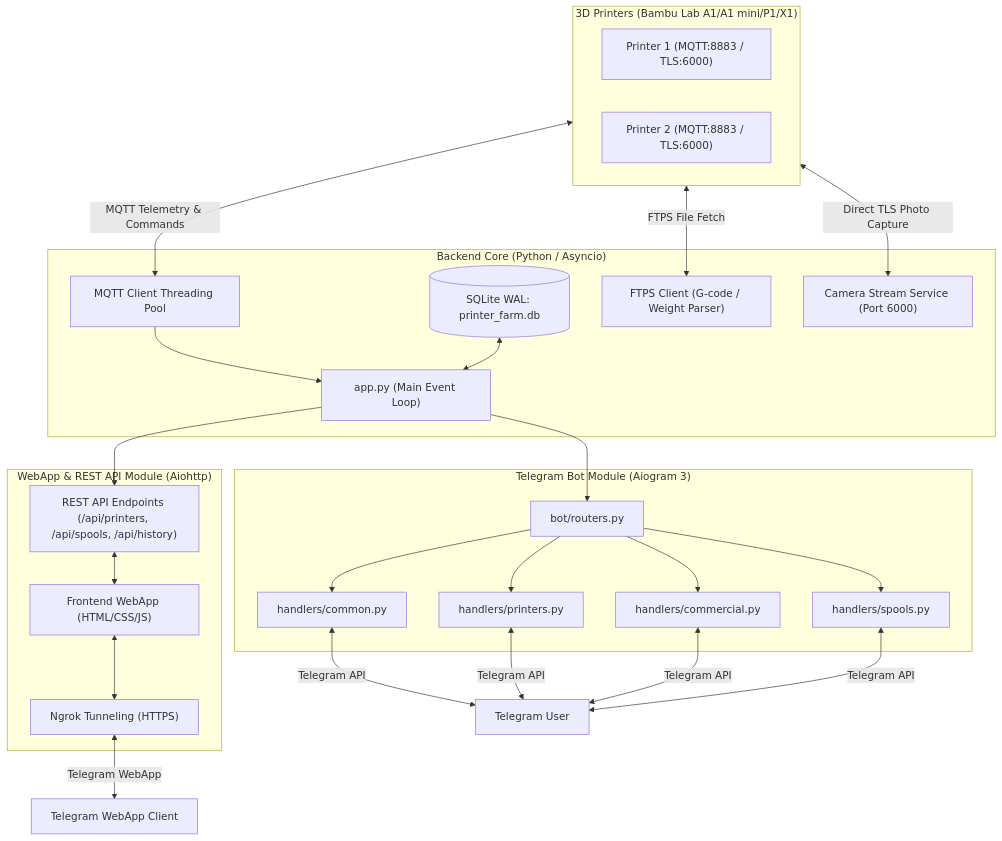
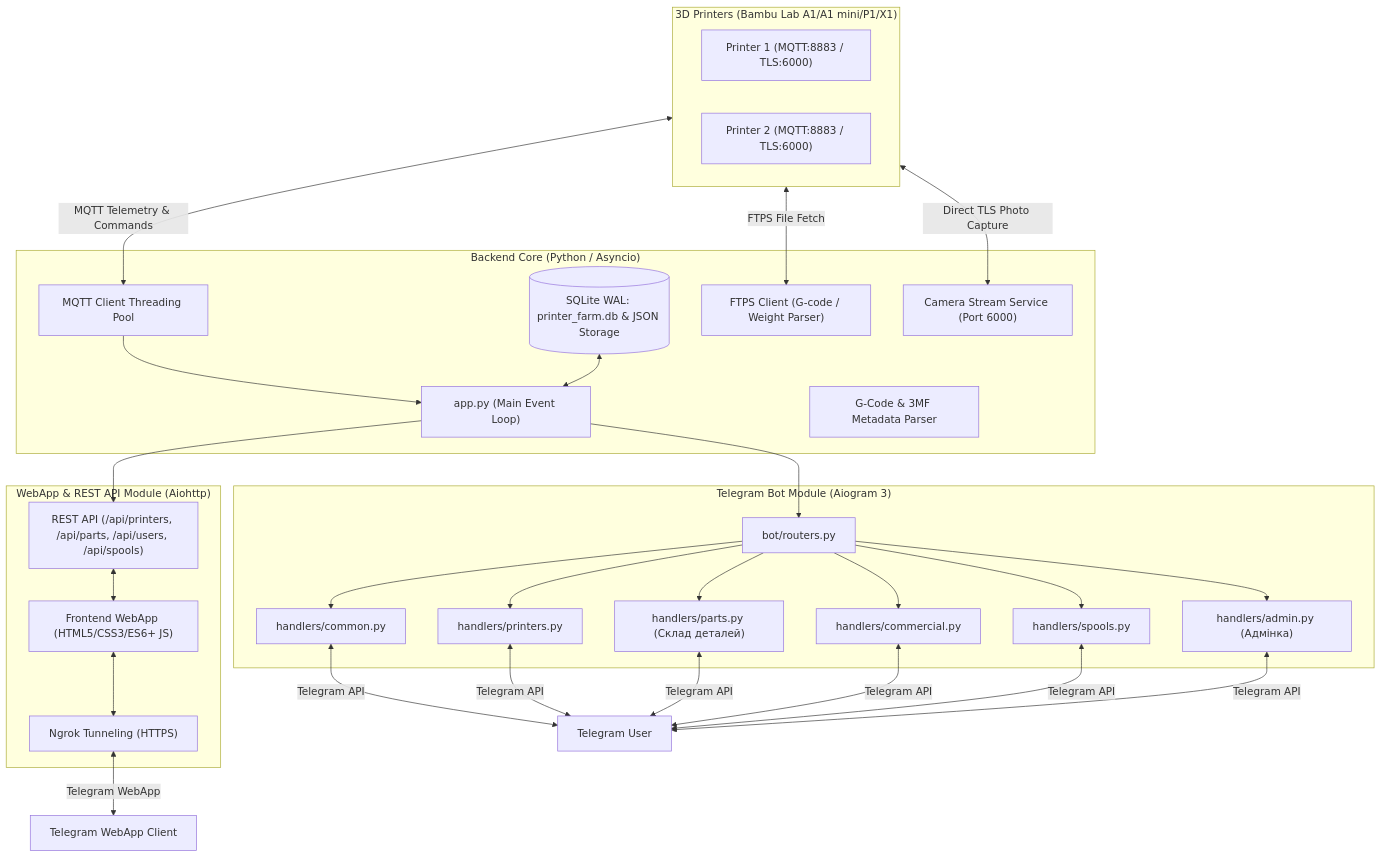
The diagram in ARCHITECTURE_AND_FEATURES.md (Badger4/tgBOT3dDprinters), drawn with Mermaid before and after one commit. The commit also changed other lines of this file and 29 other files, not shown here.

Commit message:
feat: Add Warehouse CSV report, fix printer & commercial preset forms, update compatibility checks and layout

````diff
--- a/ARCHITECTURE_AND_FEATURES.md
+++ b/ARCHITECTURE_AND_FEATURES.md
@@ -11,44 +11,47 @@
 ```mermaid
 flowchart TD
     subgraph Hardware ["3D Printers (Bambu Lab A1/A1 mini/P1/X1)"]
         P1["Printer 1 (MQTT:8883 / TLS:6000)"]
         P2["Printer 2 (MQTT:8883 / TLS:6000)"]
     end
 
     subgraph Backend ["Backend Core (Python / Asyncio)"]
         APP["app.py (Main Event Loop)"]
-        DB[("SQLite WAL: printer_farm.db")]
+        DB[("SQLite WAL: printer_farm.db & JSON Storage")]
         MQTT["MQTT Client Threading Pool"]
         FTPS["FTPS Client (G-code / Weight Parser)"]
         CAM["Camera Stream Service (Port 6000)"]
+        GCODE["G-Code & 3MF Metadata Parser"]
     end
 
     subgraph Bot ["Telegram Bot Module (Aiogram 3)"]
         ROUTERS["bot/routers.py"]
         H_COMMON["handlers/common.py"]
         H_PRINTER["handlers/printers.py"]
+        H_PARTS["handlers/parts.py (Склад деталей)"]
         H_COMMERCIAL["handlers/commercial.py"]
         H_SPOOLS["handlers/spools.py"]
+        H_ADMIN["handlers/admin.py (Адмінка)"]
     end
 
     subgraph Web ["WebApp & REST API Module (Aiohttp)"]
-        API["REST API Endpoints (/api/printers, /api/spools, /api/history)"]
-        STATIC["Frontend WebApp (HTML/CSS/JS)"]
+        API["REST API (/api/printers, /api/parts, /api/users, /api/spools)"]
+        STATIC["Frontend WebApp (HTML5/CSS3/ES6+ JS)"]
         NGROK["Ngrok Tunneling (HTTPS)"]
     end
 
     Hardware <-->|MQTT Telemetry & Commands| MQTT
     Hardware <-->|Direct TLS Photo Capture| CAM
     Hardware <-->|FTPS File Fetch| FTPS
 
     MQTT --> APP
     DB <--> APP
     APP --> ROUTERS
     APP --> API
 
-    ROUTERS --> H_COMMON & H_PRINTER & H_COMMERCIAL & H_SPOOLS
-    H_COMMON & H_PRINTER & H_COMMERCIAL & H_SPOOLS <-->|Telegram API| TG_USER["Telegram User"]
+    ROUTERS --> H_COMMON & H_PRINTER & H_PARTS & H_COMMERCIAL & H_SPOOLS & H_ADMIN
+    H_COMMON & H_PRINTER & H_PARTS & H_COMMERCIAL & H_SPOOLS & H_ADMIN <-->|Telegram API| TG_USER["Telegram User"]
 
     API <--> STATIC
     STATIC <--> NGROK <-->|Telegram WebApp| TG_WEB["Telegram WebApp Client"]
 ```
````
